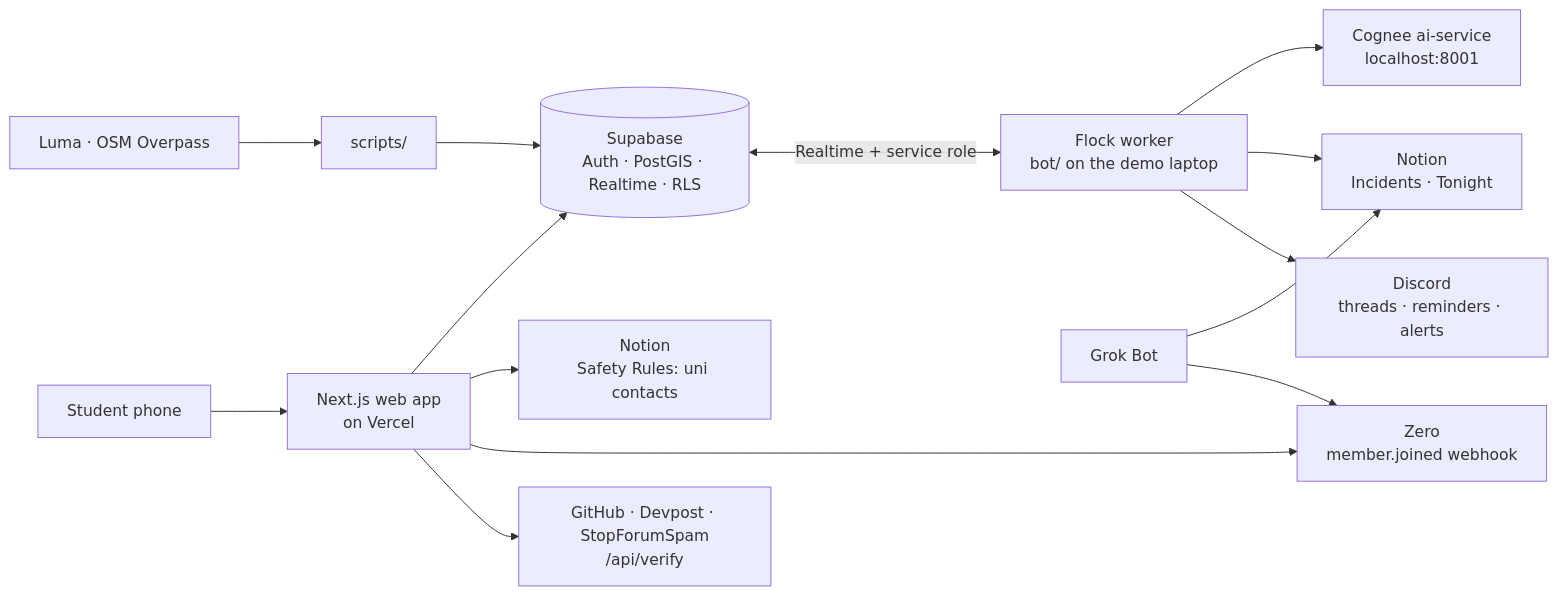
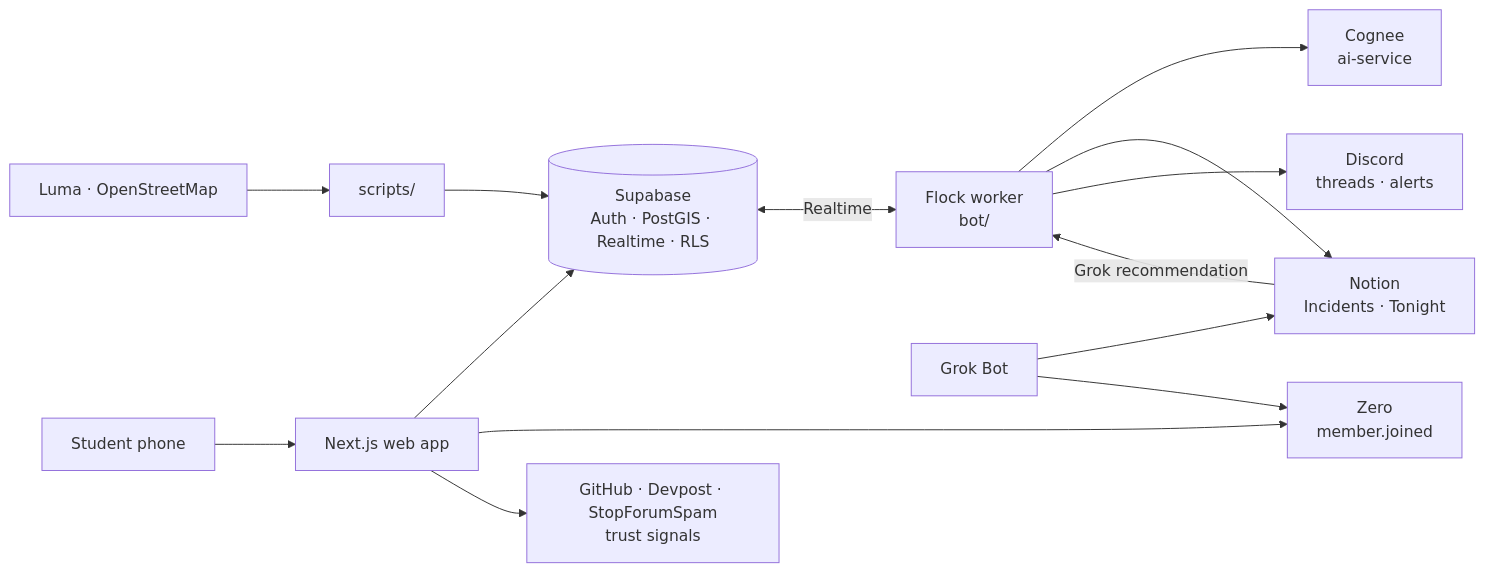
Before and after one commit to wonseok522/flock: the diagram in README.md, drawn with Mermaid. The commit also changed other lines of this file and 5 other files, not shown here.

Commit message:
[claude-code] README: screenshots, partner map, architecture, quick start

````diff
--- a/README.md
+++ b/README.md
@@ -64,15 +95,15 @@
 ```mermaid
 flowchart LR
-  U[Student phone] --> W[Next.js web app<br/>on Vercel]
+  U[Student phone] --> W[Next.js web app]
   W --> S[(Supabase<br/>Auth · PostGIS · Realtime · RLS)]
-  W --> N1[Notion<br/>Safety Rules: uni contacts]
-  W --> Z[Zero<br/>member.joined webhook]
-  W --> V[GitHub · Devpost · StopForumSpam<br/>/api/verify]
-  S <-->|Realtime + service role| K[Flock worker<br/>bot/ on the demo laptop]
-  K --> C[Cognee ai-service<br/>localhost:8001]
+  W --> Z[Zero<br/>member.joined]
+  W --> V[GitHub · Devpost · StopForumSpam<br/>trust signals]
+  S <-->|Realtime| K[Flock worker<br/>bot/]
+  K --> C[Cognee<br/>ai-service]
   K --> N[Notion<br/>Incidents · Tonight]
-  K --> D[Discord<br/>threads · reminders · alerts]
+  K --> D[Discord<br/>threads · alerts]
   G[Grok Bot] --> N
   G --> Z
-  L[Luma · OSM Overpass] --> X[scripts/] --> S
+  N -->|Grok recommendation| K
+  L[Luma · OpenStreetMap] --> X[scripts/] --> S
 ```
````
